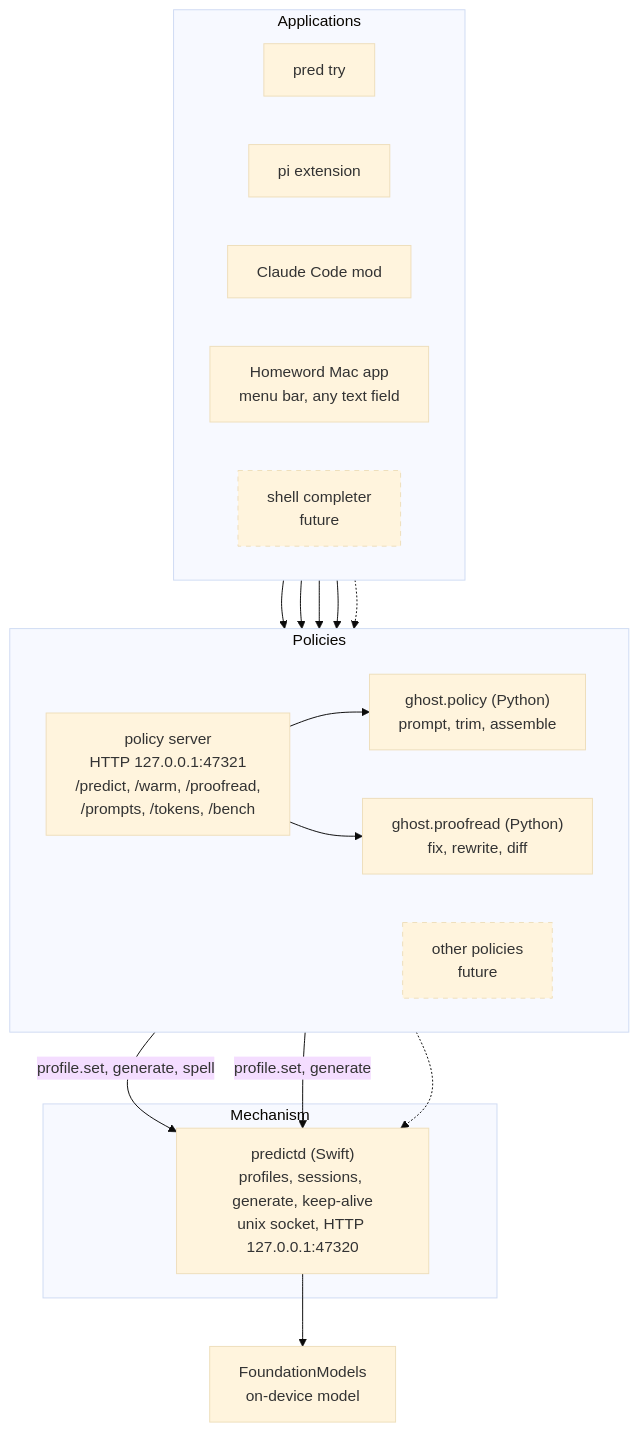
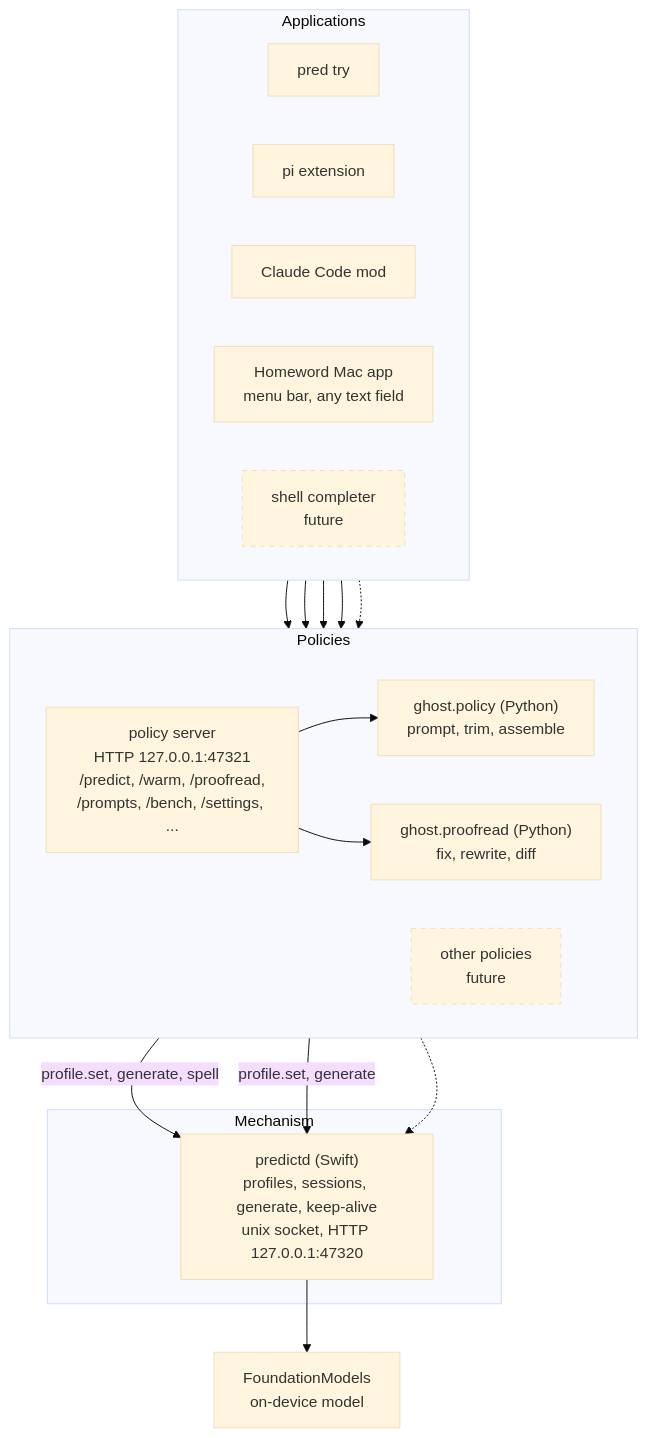
One commit to FreemanX/Homeword changed the first of 5 diagrams in docs/ARCHITECTURE.md. Above: the diagram before and after it, drawn with Mermaid (base theme). The commit also changed other lines of this file and 11 other files, not shown here.

````diff
--- a/docs/ARCHITECTURE.md
+++ b/docs/ARCHITECTURE.md
@@ -13,34 +13,34 @@
 ```mermaid
 flowchart TB
     subgraph apps["Applications"]
         direction LR
         try["pred try"]
         pi["pi extension"]
         cc["Claude Code mod"]
         mac["Homeword Mac app<br/>menu bar, any text field"]
         next["shell completer<br/>future"]:::future
     end
     subgraph policy["Policies"]
         direction LR
-        srv["policy server<br/>HTTP 127.0.0.1:47321<br/>/predict, /warm, /proofread,<br/>/prompts, /tokens, /bench"]
+        srv["policy server<br/>HTTP 127.0.0.1:47321<br/>/predict, /warm, /proofread,<br/>/prompts, /bench, /settings, ..."]
         lib["ghost.policy (Python)<br/>prompt, trim, assemble"]
         pr["ghost.proofread (Python)<br/>fix, rewrite, diff"]
         other["other policies<br/>future"]:::future
     end
     subgraph mech["Mechanism"]
         predictd["predictd (Swift)<br/>profiles, sessions, generate, keep-alive<br/>unix socket, HTTP 127.0.0.1:47320"]
     end
     fm["FoundationModels<br/>on-device model"]
     try --> lib
     pi --> srv
     cc --> srv
     mac --> srv
     next -.-> srv
     srv --> lib
     srv --> pr
     lib -->|"profile.set, generate, spell"| predictd
     pr -->|"profile.set, generate"| predictd
     other -.-> predictd
     predictd --> fm
     classDef future stroke-dasharray: 5 5
 ```
````
